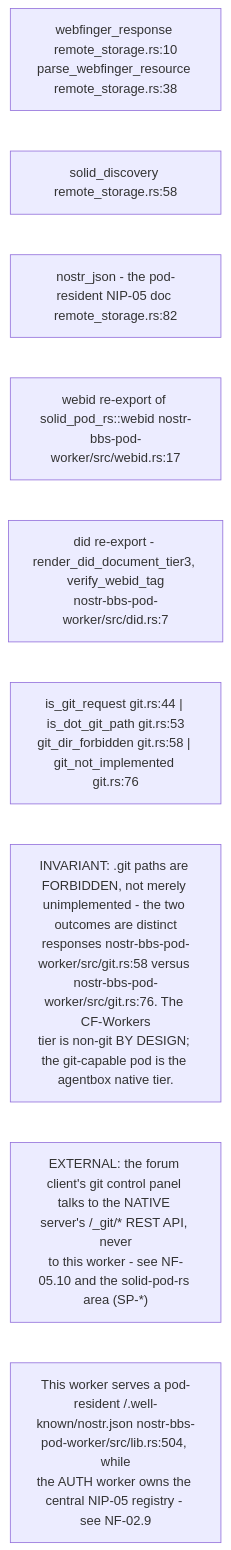
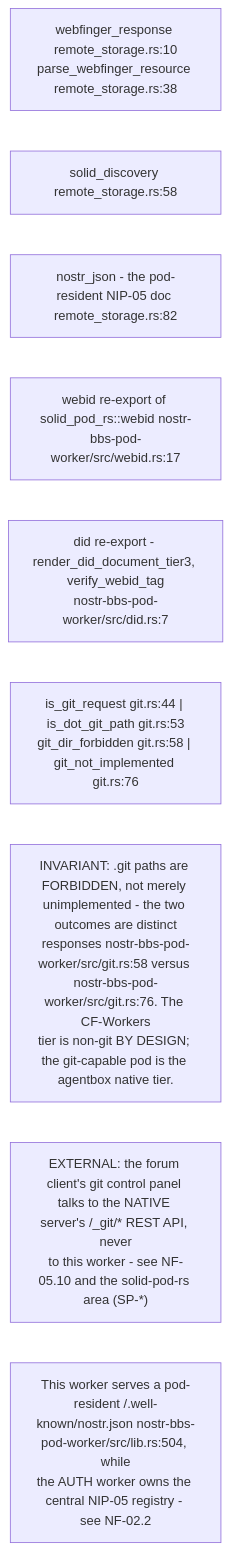
The seventh of 10 diagrams in docs/diagrams/nostr-rust-forum/04-pod-worker-ldp-wac-and-delegation.md (DreamLab-AI/VisionFlow), drawn with Mermaid before and after one commit. The commit also changed other lines of this file and 136 other files, not shown here.

First line of the commit message:
docs(diagrams): refresh the whole corpus to code HEAD and prune low-value diagrams

````diff
--- a/docs/diagrams/nostr-rust-forum/04-pod-worker-ldp-wac-and-delegation.md
+++ b/docs/diagrams/nostr-rust-forum/04-pod-worker-ldp-wac-and-delegation.md
@@ -236,13 +216,13 @@
 ```mermaid
 flowchart LR
     WFR["webfinger_response remote_storage.rs:10<br/>parse_webfinger_resource remote_storage.rs:38"]
     SOLD["solid_discovery remote_storage.rs:58"]
     NJ["nostr_json - the pod-resident NIP-05 doc remote_storage.rs:82"]
     WID["webid re-export of solid_pod_rs::webid nostr-bbs-pod-worker/src/webid.rs:17"]
     DIDM["did re-export - render_did_document_tier3, verify_webid_tag<br/>nostr-bbs-pod-worker/src/did.rs:7"]
     GITG["is_git_request git.rs:44 | is_dot_git_path git.rs:53<br/>git_dir_forbidden git.rs:58 | git_not_implemented git.rs:76"]
 
     N1["INVARIANT: .git paths are FORBIDDEN, not merely unimplemented - the two outcomes are distinct<br/>responses nostr-bbs-pod-worker/src/git.rs:58 versus nostr-bbs-pod-worker/src/git.rs:76. The CF-Workers<br/>tier is non-git BY DESIGN; the git-capable pod is the agentbox native tier."]
     N2["EXTERNAL: the forum client's git control panel talks to the NATIVE server's /_git/* REST API, never<br/>to this worker - see NF-05.10 and the solid-pod-rs area (SP-*)"]
-    N3["This worker serves a pod-resident /.well-known/nostr.json nostr-bbs-pod-worker/src/lib.rs:504, while<br/>the AUTH worker owns the central NIP-05 registry - see NF-02.9"]
+    N3["This worker serves a pod-resident /.well-known/nostr.json nostr-bbs-pod-worker/src/lib.rs:504, while<br/>the AUTH worker owns the central NIP-05 registry - see NF-02.2"]
 ```
````
